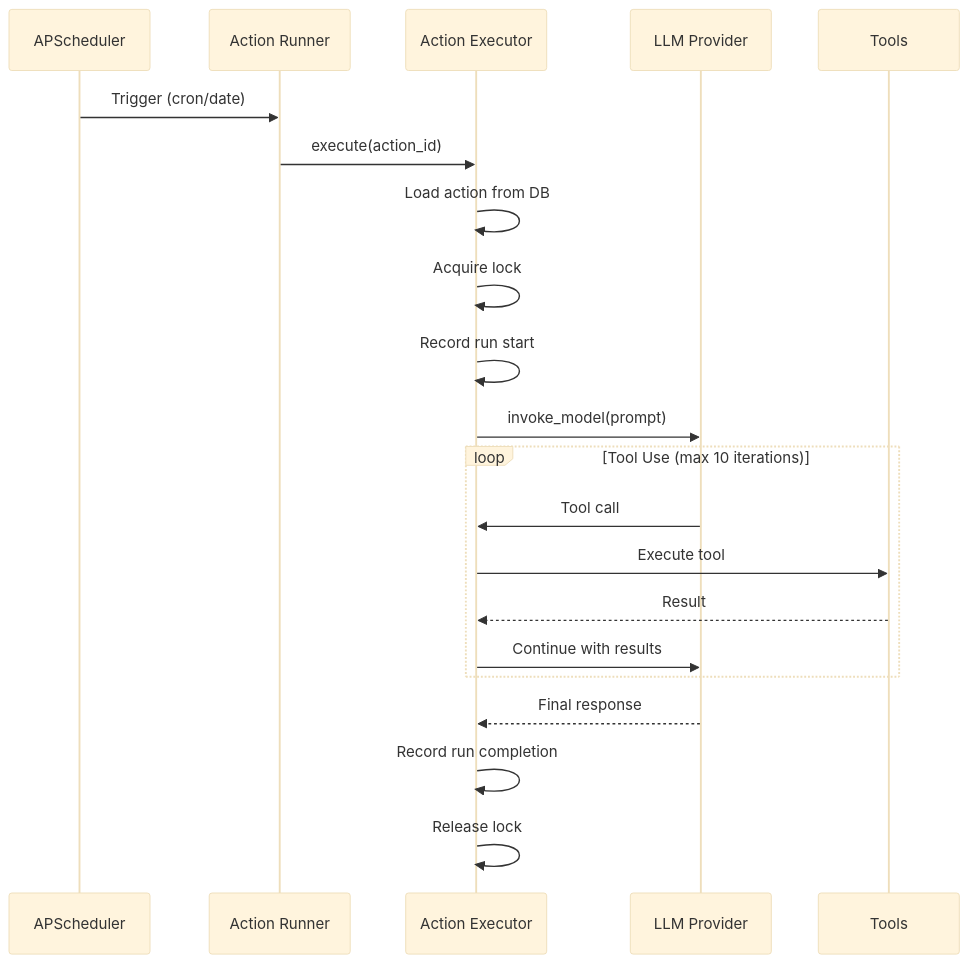
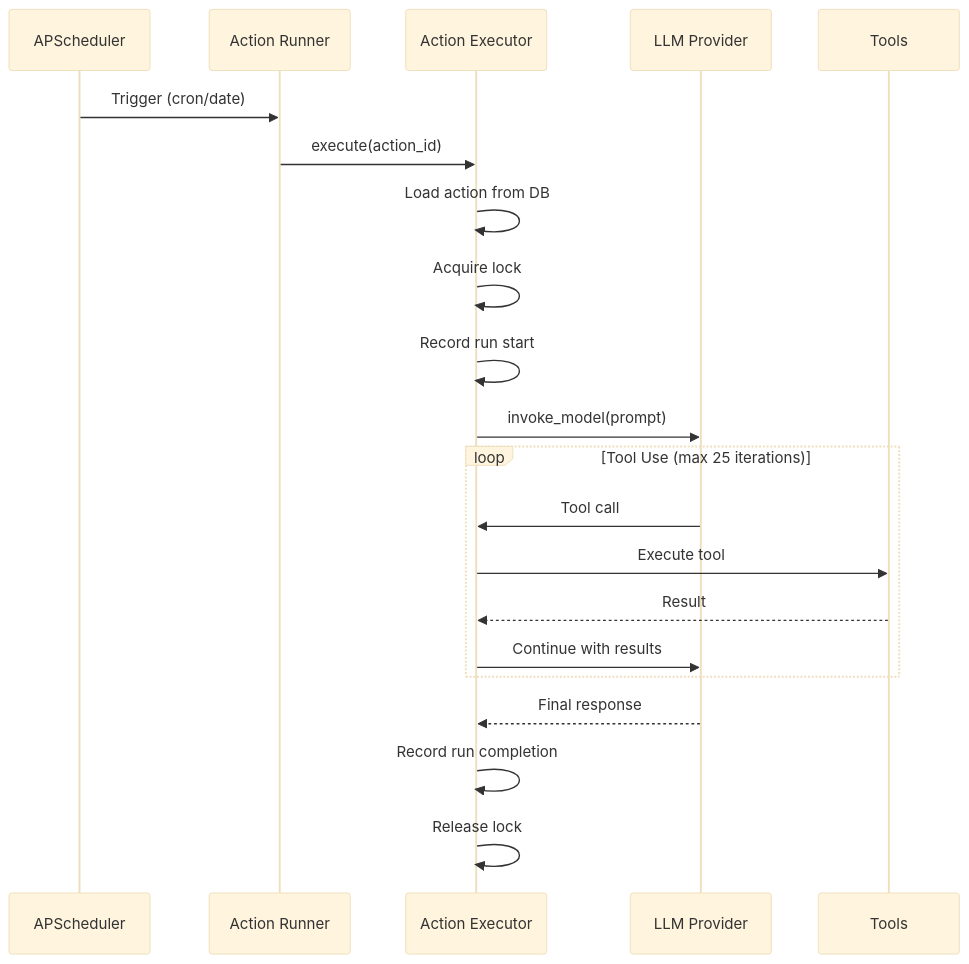
Before and after one commit to Cognisn/spark: the diagram in docs/autonomous-actions.md, drawn with Mermaid (base theme). The commit also changed other lines of this file and 173 other files, not shown here.

````diff
--- a/docs/autonomous-actions.md
+++ b/docs/autonomous-actions.md
@@ -90,26 +96,26 @@
 ```mermaid
 sequenceDiagram
     participant Scheduler as APScheduler
     participant Runner as Action Runner
     participant Executor as Action Executor
     participant LLM as LLM Provider
     participant Tools
 
     Scheduler->>Runner: Trigger (cron/date)
     Runner->>Executor: execute(action_id)
     Executor->>Executor: Load action from DB
     Executor->>Executor: Acquire lock
     Executor->>Executor: Record run start
     Executor->>LLM: invoke_model(prompt)
 
-    loop Tool Use (max 10 iterations)
+    loop Tool Use (max 25 iterations)
         LLM->>Executor: Tool call
         Executor->>Tools: Execute tool
         Tools-->>Executor: Result
         Executor->>LLM: Continue with results
     end
 
     LLM-->>Executor: Final response
     Executor->>Executor: Record run completion
     Executor->>Executor: Release lock
 ```
````
